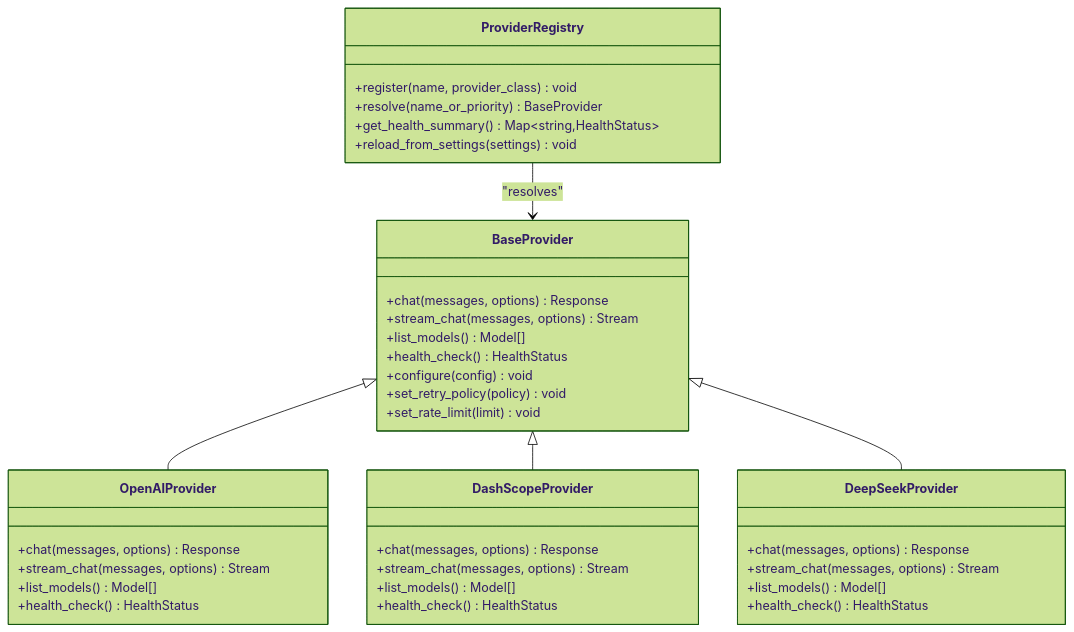
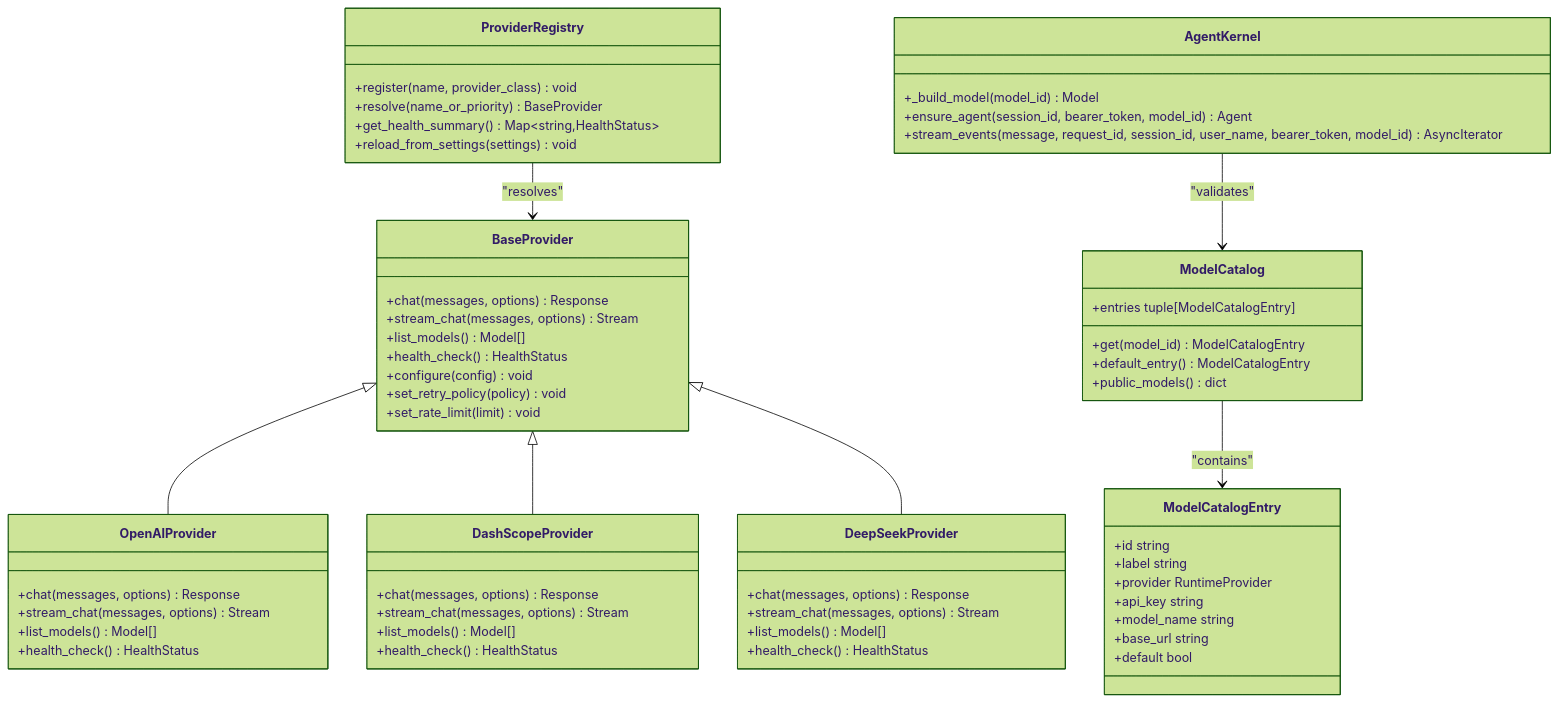
Before and after one commit to metasync/luban-aiops: the second of 6 diagrams in .qoder/repowiki/en/content/Agent Platform Service/Provider Registry and Multi-Provider Support.md, drawn with Mermaid (forest theme). The commit also changed other lines of this file and 24 other files, not shown here.

````diff
--- a/.qoder/repowiki/en/content/Agent Platform Service/Provider Registry and Multi-Provider Support.md
+++ b/.qoder/repowiki/en/content/Agent Platform Service/Provider Registry and Multi-Provider Support.md
@@ -118,40 +139,62 @@
 ```mermaid
 classDiagram
 class BaseProvider {
 +chat(messages, options) Response
 +stream_chat(messages, options) Stream
 +list_models() Model[]
 +health_check() HealthStatus
 +configure(config) void
 +set_retry_policy(policy) void
 +set_rate_limit(limit) void
 }
 class OpenAIProvider {
 +chat(messages, options) Response
 +stream_chat(messages, options) Stream
 +list_models() Model[]
 +health_check() HealthStatus
 }
 class DashScopeProvider {
 +chat(messages, options) Response
 +stream_chat(messages, options) Stream
 +list_models() Model[]
 +health_check() HealthStatus
 }
 class DeepSeekProvider {
 +chat(messages, options) Response
 +stream_chat(messages, options) Stream
 +list_models() Model[]
 +health_check() HealthStatus
 }
+class ModelCatalog {
++entries tuple[ModelCatalogEntry]
++get(model_id) ModelCatalogEntry
++default_entry() ModelCatalogEntry
++public_models() dict
+}
+class ModelCatalogEntry {
++id string
++label string
++provider RuntimeProvider
++api_key string
++model_name string
++base_url string
++default bool
+}
 class ProviderRegistry {
 +register(name, provider_class) void
 +resolve(name_or_priority) BaseProvider
 +get_health_summary() Map~string,HealthStatus~
 +reload_from_settings(settings) void
 }
+class AgentKernel {
++_build_model(model_id) Model
++ensure_agent(session_id, bearer_token, model_id) Agent
++stream_events(message, request_id, session_id, user_name, bearer_token, model_id) AsyncIterator
+}
 BaseProvider <|-- OpenAIProvider
 BaseProvider <|-- DashScopeProvider
 BaseProvider <|-- DeepSeekProvider
 ProviderRegistry --> BaseProvider : "resolves"
+AgentKernel --> ModelCatalog : "validates"
+ModelCatalog --> ModelCatalogEntry : "contains"
 ```
````
